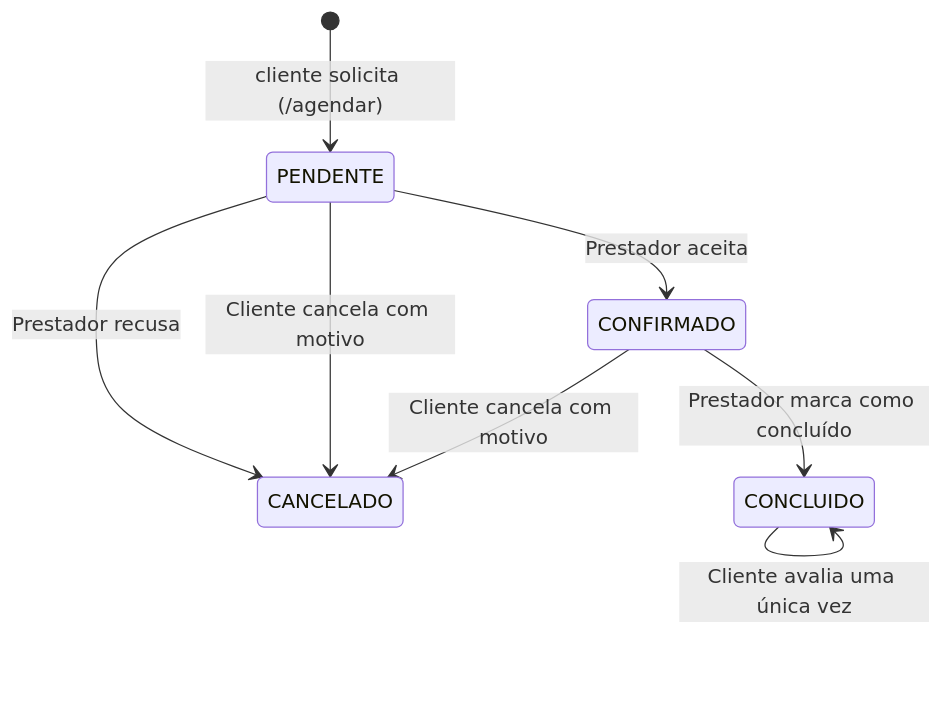
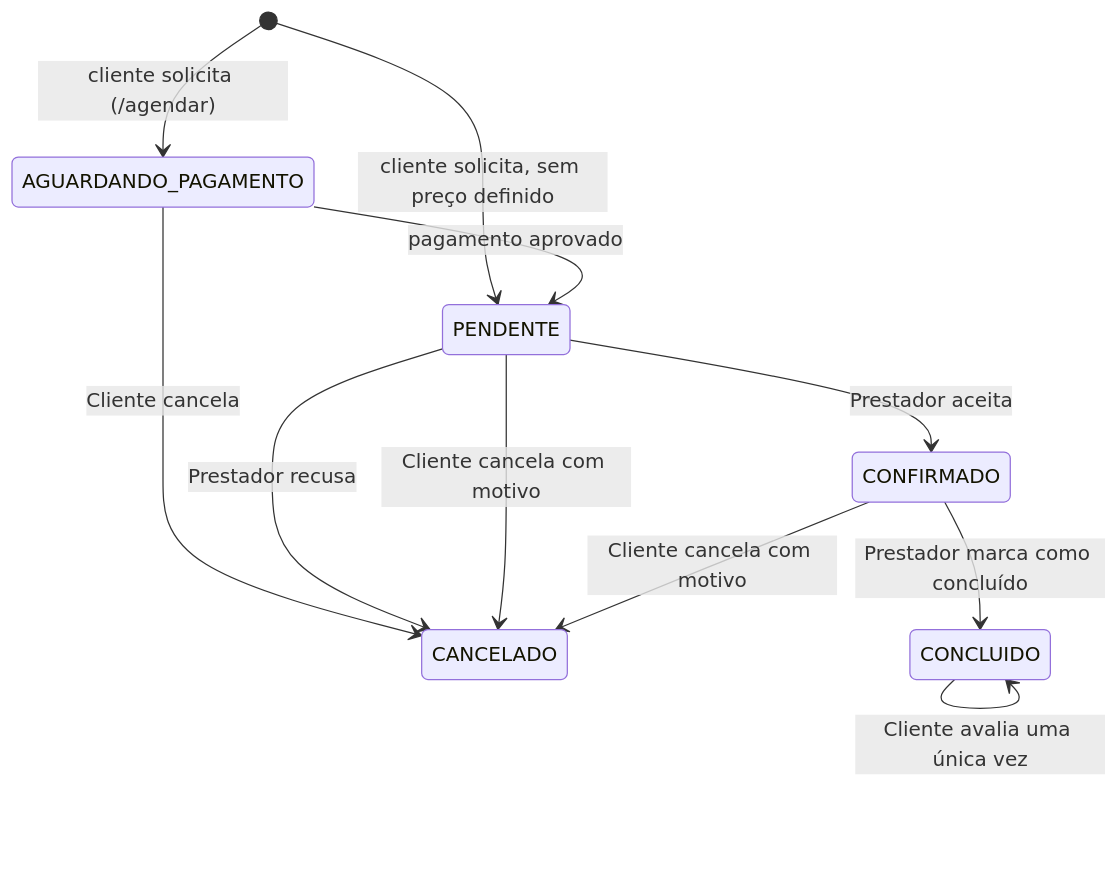
One commit to WesMarquess/nesha changed the second of 2 diagrams in docs/AGENDA.md. Above: the diagram before and after it, drawn with Mermaid. The commit also changed other lines of this file and 29 other files, not shown here.

````diff
--- a/docs/AGENDA.md
+++ b/docs/AGENDA.md
@@ -96,10 +98,13 @@
 ```mermaid
 stateDiagram-v2
-    [*] --> PENDENTE: cliente solicita (/agendar)
+    [*] --> AGUARDANDO_PAGAMENTO: cliente solicita (/agendar)
+    [*] --> PENDENTE: cliente solicita, sem preço definido
+    AGUARDANDO_PAGAMENTO --> PENDENTE: pagamento aprovado
+    AGUARDANDO_PAGAMENTO --> CANCELADO: Cliente cancela
     PENDENTE --> CONFIRMADO: Prestador aceita
     PENDENTE --> CANCELADO: Prestador recusa
     PENDENTE --> CANCELADO: Cliente cancela com motivo
     CONFIRMADO --> CANCELADO: Cliente cancela com motivo
     CONFIRMADO --> CONCLUIDO: Prestador marca como concluído
     CONCLUIDO --> CONCLUIDO: Cliente avalia uma única vez
 ```
````
